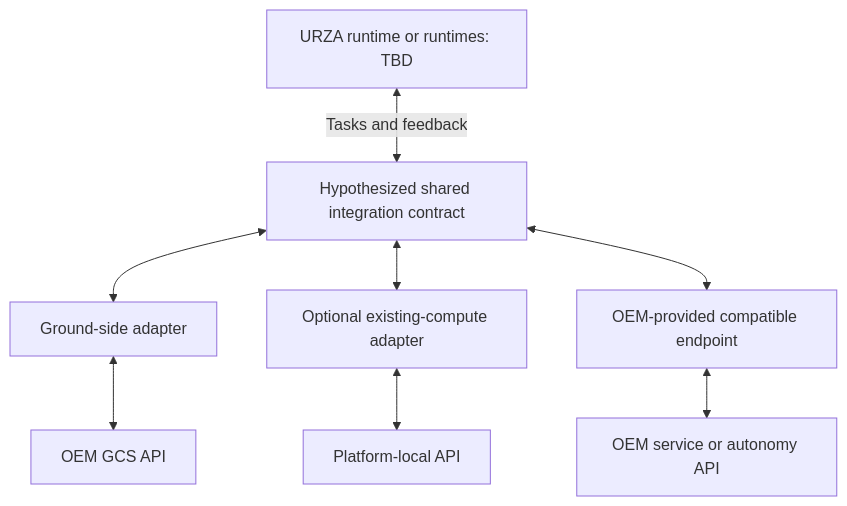
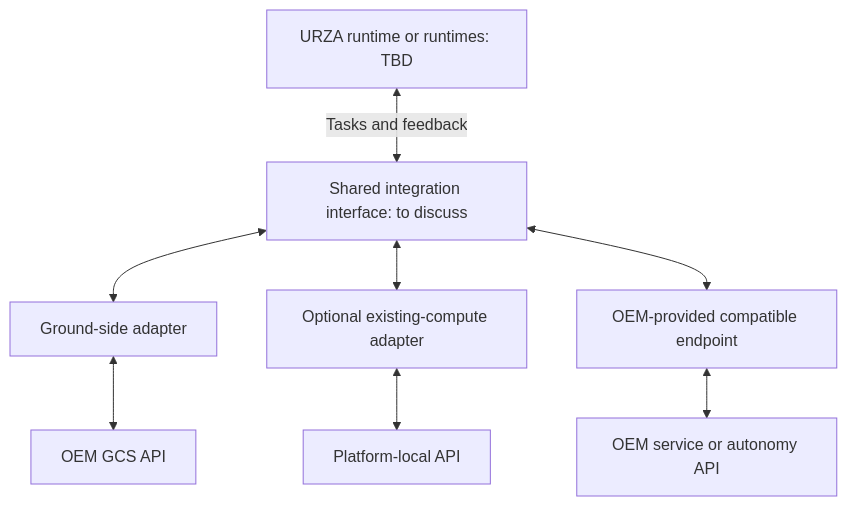
Before and after one commit to yagamy4680/integration-work-clarifications: the fourth of 4 diagrams in architecture-hypotheses.md, drawn with Mermaid. The commit also changed other lines of this file and 15 other files, not shown here.

````diff
--- a/architecture-hypotheses.md
+++ b/architecture-hypotheses.md
@@ -111,18 +83,18 @@
 ```mermaid
 flowchart TB
     U["URZA runtime or runtimes: TBD"]
-    M["Hypothesized shared integration contract"]
+    M["Shared integration interface: to discuss"]
     GA["Ground-side adapter"]
     EA["Optional existing-compute adapter"]
     OA["OEM-provided compatible endpoint"]
     G["OEM GCS API"]
     P["Platform-local API"]
     O["OEM service or autonomy API"]
     U <-->|"Tasks and feedback"| M
     M <--> GA
     M <--> EA
     M <--> OA
     GA <--> G
     EA <--> P
     OA <--> O
 ```
````
